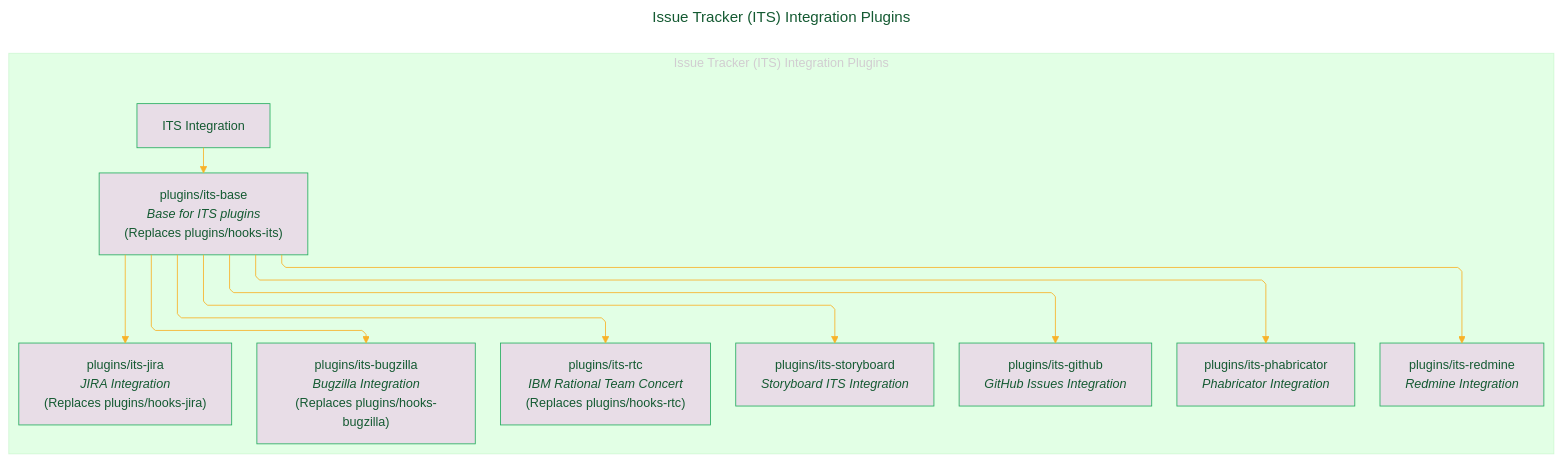
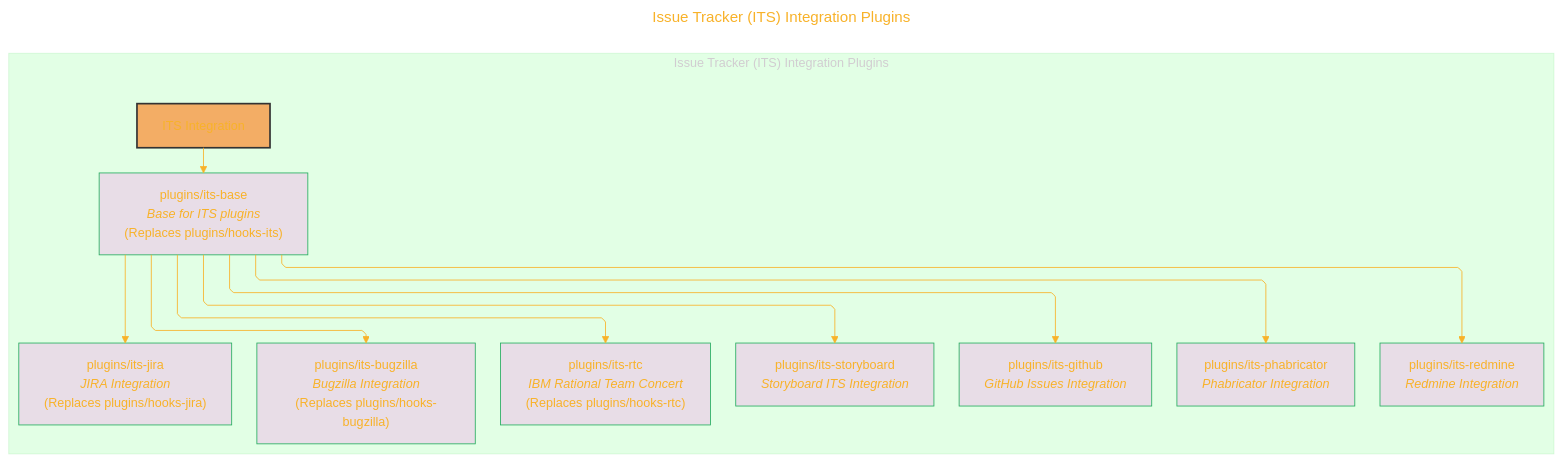
Before and after one commit to CongLeSolutionX/Chromium_Project: the seventh of 12 diagrams in Gerrit_Ecosystem_on_gerrit_googlesource.md, drawn with Mermaid. The commit also changed other lines of this file, not shown here.

````diff
--- a/Gerrit_Ecosystem_on_gerrit_googlesource.md
+++ b/Gerrit_Ecosystem_on_gerrit_googlesource.md
@@ -487,54 +517,55 @@
 ```mermaid
 ---
 title: "Issue Tracker (ITS) Integration Plugins"
 author: "Cong Le"
 version: "1.0"
 license(s): "MIT, CC BY 4.0"
 copyright: "Copyright (c) 2025 Cong Le. All Rights Reserved."
 config:
   layout: elk
   theme: base
 ---
 %%%%%%%% Mermaid version v11.4.1-b.14
 %%%%%%%% Available curve styles include the following keywords:
 %% basis, bumpX, bumpY, cardinal, catmullRom, linear, monotoneX, monotoneY, natural, step, stepAfter, stepBefore.
 %%{
   init: {
     'securityLevel': 'loose',
     'flowchart': { 'htmlLabels': true, 'curve': 'linear' },
     'fontFamily': 'Monaco',
     'themeVariables': {
       'primaryColor': '#F5E3',
-      'primaryTextColor': '#145A32',
+      'primaryTextColor': '#F8B229',
       'lineColor': '#F8B229',
       'primaryBorderColor': '#27AE60',
       'secondaryColor': '#EBDEF0',
       'secondaryTextColor': '#6C3483',
       'secondaryBorderColor': '#A569BD',
       'fontSize': '15px'
     }
   }
 }%%
 flowchart TD
     subgraph ITSPlugins["Issue Tracker (ITS) Integration Plugins"]
         P_ITSRoot["ITS Integration"]
+        style P_ITSRoot fill:#F719,stroke:#333,stroke-width:2px
 
         P_ITSRoot --> P_ITSBase["plugins/its-base<br/><i>Base for ITS plugins</i><br/>(Replaces plugins/hooks-its)"]
          click P_ITSBase href "https://gerrit.googlesource.com/plugins/its-base" "plugins/its-base"
         P_ITSBase --> P_ITSBugzilla["plugins/its-bugzilla<br/><i>Bugzilla Integration</i><br/>(Replaces plugins/hooks-bugzilla)"]
          click P_ITSBugzilla href "https://gerrit.googlesource.com/plugins/its-bugzilla" "plugins/its-bugzilla"
         P_ITSBase --> P_ITSGitHub["plugins/its-github<br/><i>GitHub Issues Integration</i>"]
          click P_ITSGitHub href "https://gerrit.googlesource.com/plugins/its-github" "plugins/its-github"
         P_ITSBase --> P_ITSJira["plugins/its-jira<br/><i>JIRA Integration</i><br/>(Replaces plugins/hooks-jira)"]
          click P_ITSJira href "https://gerrit.googlesource.com/plugins/its-jira" "plugins/its-jira"
         P_ITSBase --> P_ITSPhab["plugins/its-phabricator<br/><i>Phabricator Integration</i>"]
          click P_ITSPhab href "https://gerrit.googlesource.com/plugins/its-phabricator" "plugins/its-phabricator"
         P_ITSBase --> P_ITSRedmine["plugins/its-redmine<br/><i>Redmine Integration</i>"]
          click P_ITSRedmine href "https://gerrit.googlesource.com/plugins/its-redmine" "plugins/its-redmine"
         P_ITSBase --> P_ITSRtc["plugins/its-rtc<br/><i>IBM Rational Team Concert</i><br/>(Replaces plugins/hooks-rtc)"]
          click P_ITSRtc href "https://gerrit.googlesource.com/plugins/its-rtc" "plugins/its-rtc"
         P_ITSBase --> P_ITSStory["plugins/its-storyboard<br/><i>Storyboard ITS Integration</i>"]
          click P_ITSStory href "https://gerrit.googlesource.com/plugins/its-storyboard" "plugins/its-storyboard"
     end
 
 ```
````
